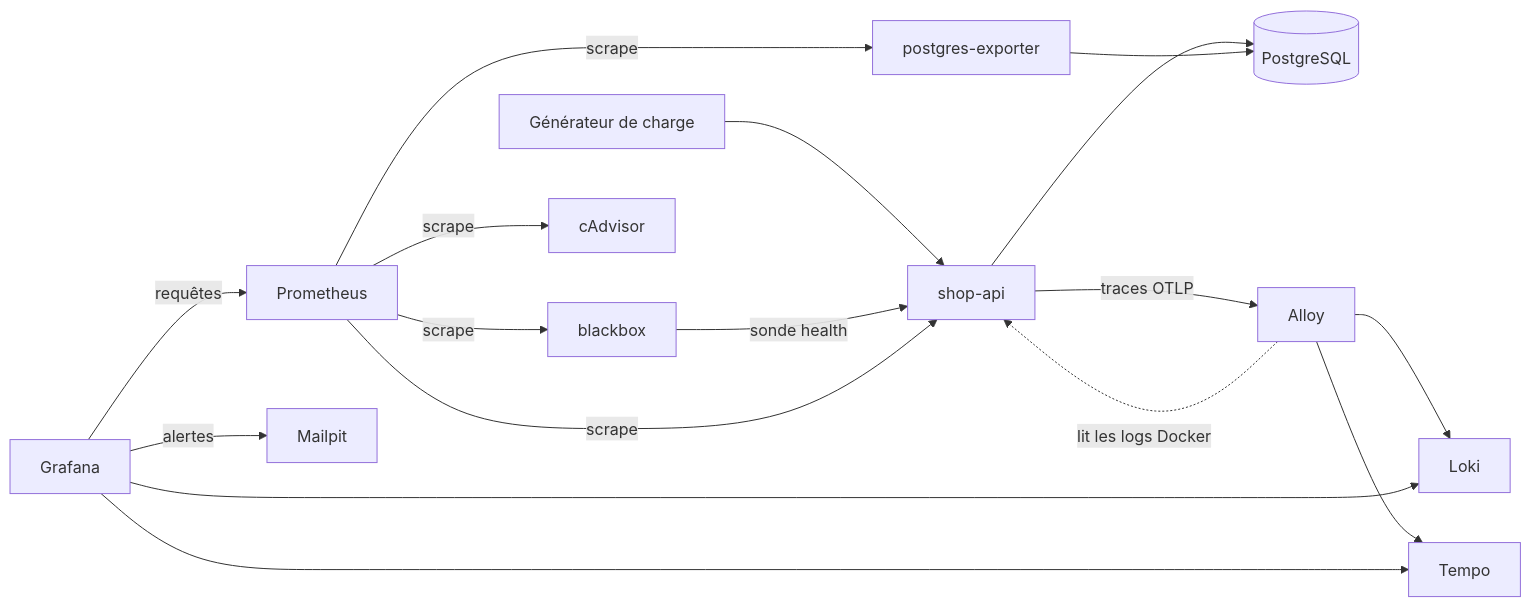
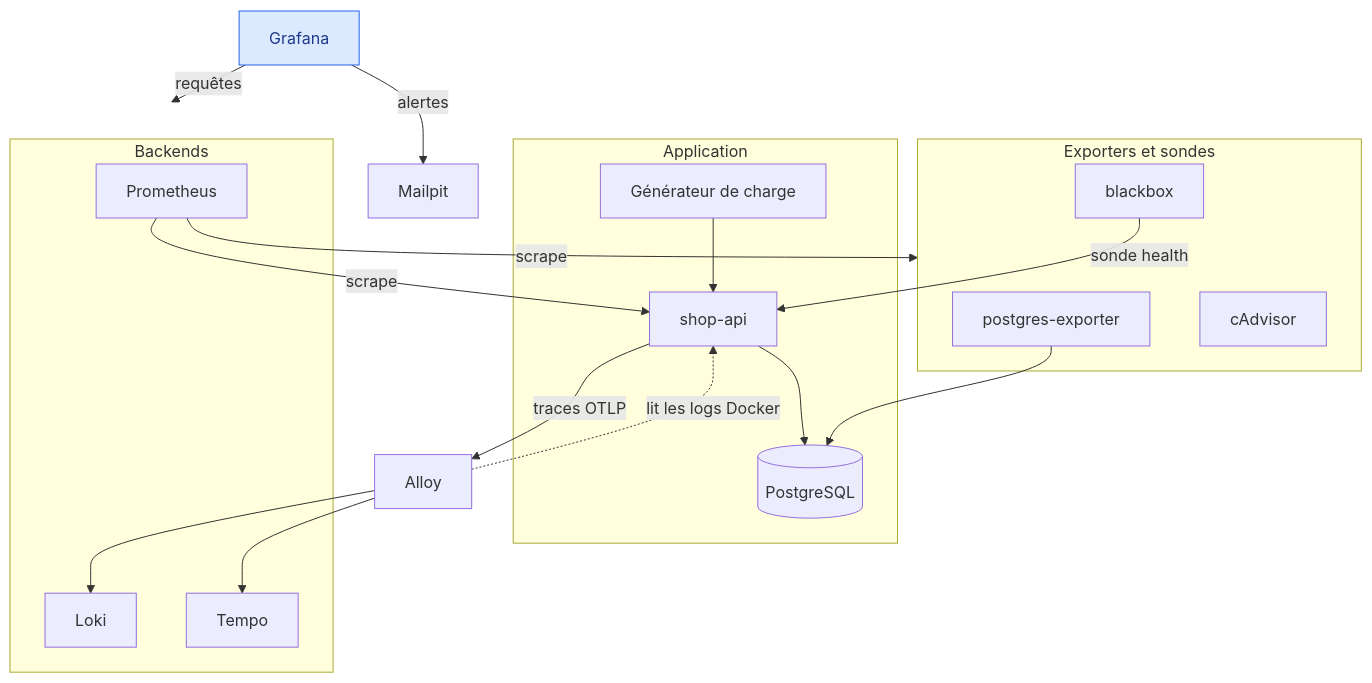
The diagram in courses/grafana/26_projet_observabilite_web.md (Gooseppr/GevOps_LC), drawn with Mermaid before and after one commit. The commit also changed 56 other files, not shown here.

````diff
--- a/courses/grafana/26_projet_observabilite_web.md
+++ b/courses/grafana/26_projet_observabilite_web.md
@@ -47,19 +47,28 @@
 ```mermaid
-flowchart LR
-    LG[Générateur de charge] --> API[shop-api]
-    API --> DB[(PostgreSQL)]
-    PGX[postgres-exporter] --> DB
-    BB[blackbox] -->|sonde health| API
-    PR[Prometheus] -->|scrape| API
-    PR -->|scrape| PGX
-    PR -->|scrape| CAD[cAdvisor]
-    PR -->|scrape| BB
+flowchart TD
+    subgraph APP["Application"]
+        LG[Générateur de charge] --> API[shop-api]
+        API --> DB[(PostgreSQL)]
+    end
+    subgraph EXP["Exporters et sondes"]
+        PGX[postgres-exporter]
+        CAD[cAdvisor]
+        BB[blackbox]
+    end
+    subgraph BACK["Backends"]
+        PR[Prometheus]
+        LO[Loki]
+        TE[Tempo]
+    end
+    PGX --> DB
+    BB -->|sonde health| API
+    PR -->|scrape| API
+    PR -->|scrape| EXP
     API -->|traces OTLP| AL[Alloy]
     AL -.->|lit les logs Docker| API
-    AL --> LO[Loki]
-    AL --> TE[Tempo]
-    GR[Grafana] -->|requêtes| PR
-    GR --> LO
-    GR --> TE
+    AL --> LO
+    AL --> TE
+    GR[Grafana] -->|requêtes| BACK
     GR -->|alertes| ML[Mailpit]
+    style GR fill:#dbeafe,stroke:#2563eb,color:#1e3a8a
 ```
````
